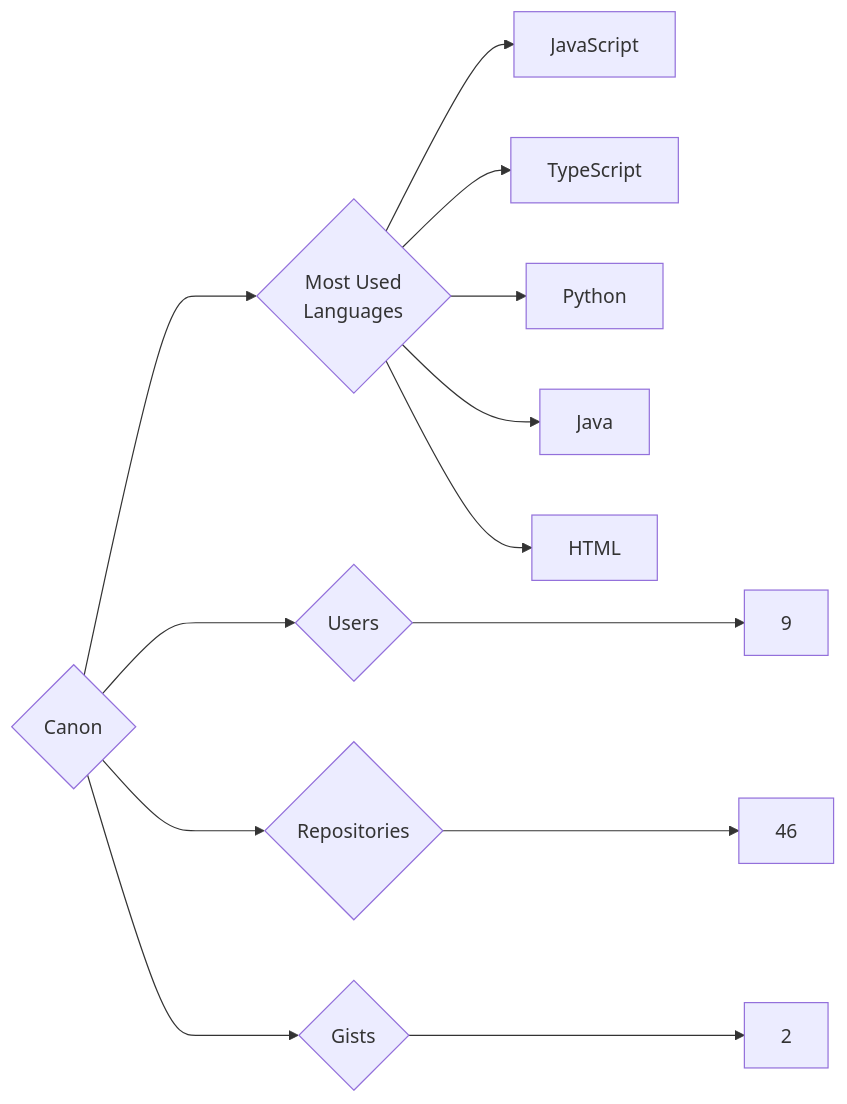
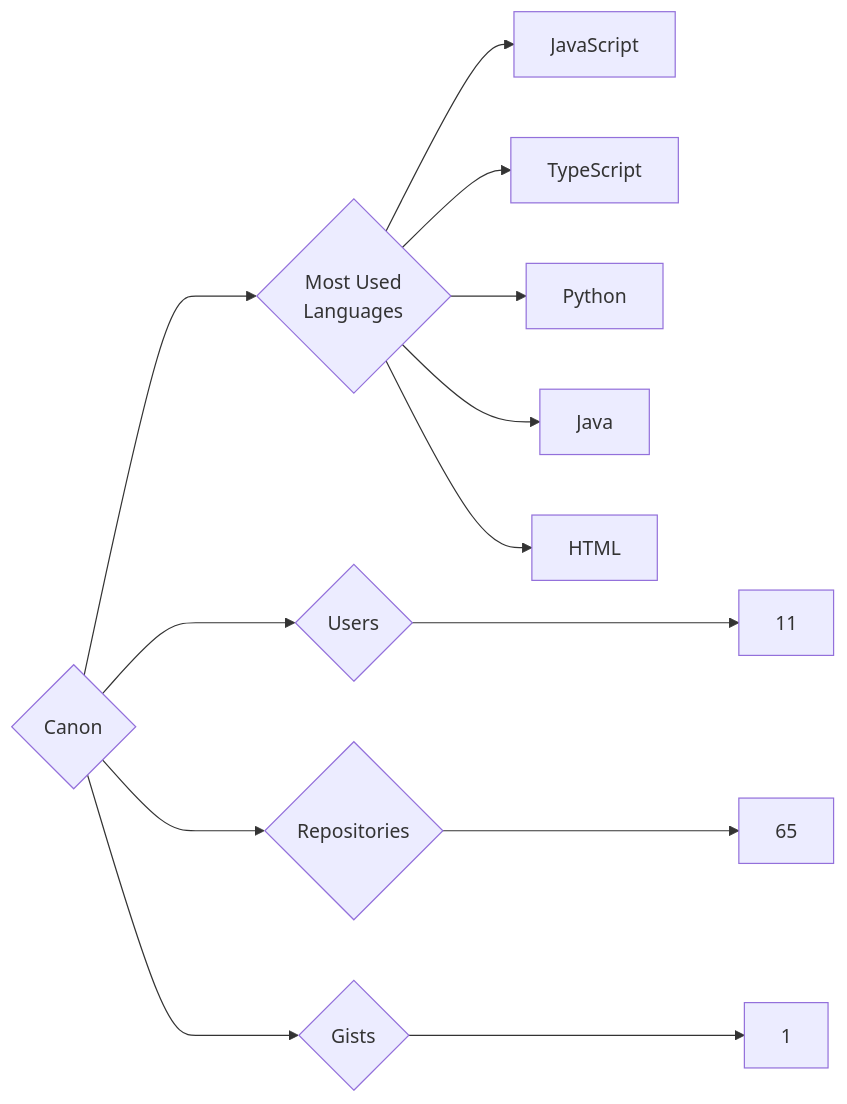
One commit to trickest/insiders changed the diagram in targets/Canon/README.md. Above: the diagram before and after it, drawn with Mermaid. The commit also changed 682 other files, not shown here.

````diff
--- a/targets/Canon/README.md
+++ b/targets/Canon/README.md
@@ -3,13 +3,13 @@
 ```mermaid
 graph LR
 COMPANY_NAME{Canon}
-COMPANY_NAME ---> U{Users} ---> UN[9]
-COMPANY_NAME ---> R{Repositories} ---> RN[46]
-COMPANY_NAME ---> G{Gists} ---> GN[2]
+COMPANY_NAME ---> U{Users} ---> UN[11]
+COMPANY_NAME ---> R{Repositories} ---> RN[65]
+COMPANY_NAME ---> G{Gists} ---> GN[1]
 COMPANY_NAME ---> ML{Most Used<br>Languages}
 ML --> JavaScript[JavaScript]
 ML --> TypeScript[TypeScript]
 ML --> Python[Python]
 ML --> Java[Java]
 ML --> HTML[HTML]
 ```
````
